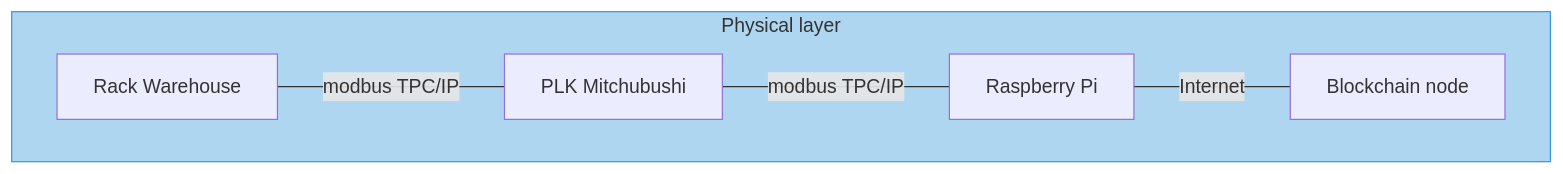
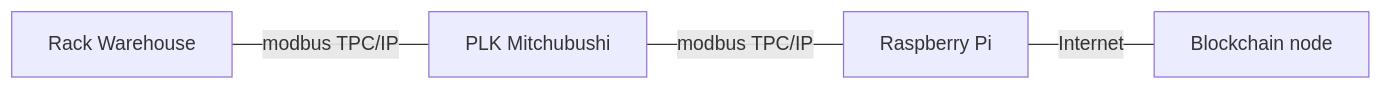
Before and after one commit to fsprojekti/plk-blockchain: the first of 2 diagrams in README.md, drawn with Mermaid. The commit also changed other lines of this file, not shown here.

````diff
--- a/README.md
+++ b/README.md
@@ -6,18 +7,13 @@
 ```mermaid
-flowchart LR
-
-subgraph PL [Physical layer]
-    direction LR
-  A[Rack Warehouse ]
-  B[PLK Mitchubushi]
-  C[Raspberry Pi]
-  D[Blockchain node]
-end
-
-A---|modbus TPC/IP|B
-B---|modbus TPC/IP|C
-C---|Internet|D
-
-style PL fill:#AED6F1, stroke:#3498DB
+	flowchart LR
+	
+	  A[Rack Warehouse ]
+	  B[PLK Mitchubushi]
+	  C[Raspberry Pi]
+	  D[Blockchain node]
+	  
+	A---|modbus TPC/IP|B
+	B---|modbus TPC/IP|C
+	C---|Internet|D
 
 ```
````
